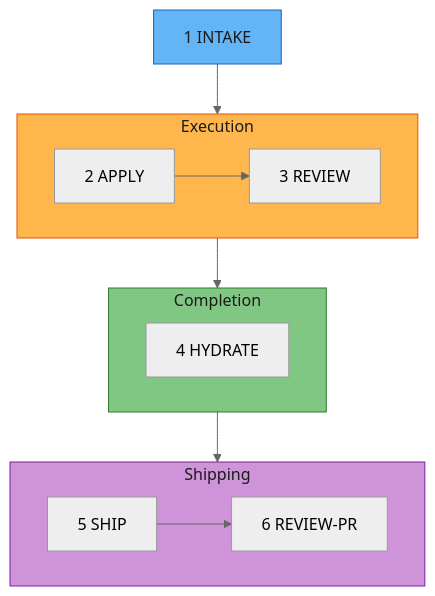
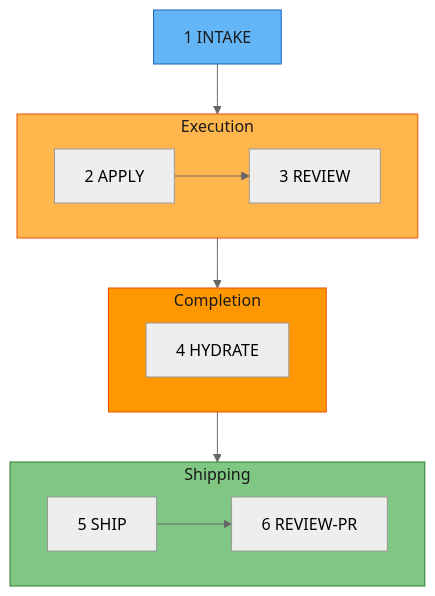
One commit to sahil87/fab-kit changed the first of 2 diagrams in README.md. Above: the diagram before and after it, drawn with Mermaid (neutral theme). The commit also changed 1 other file, not shown here.

Commit message:
docs: recolor 6-stage pipeline diagram — shipping green, completion orange

````diff
--- a/README.md
+++ b/README.md
@@ -24,25 +24,25 @@
 ```mermaid
 flowchart TD
     B["1 INTAKE"]
     subgraph execution ["Execution"]
         direction LR
         A["2 APPLY"] --> V["3 REVIEW"]
     end
     subgraph completion ["Completion"]
         direction LR
         AR["4 HYDRATE"]
     end
     subgraph shipping ["Shipping"]
         direction LR
         SH["5 SHIP"] --> RPR["6 REVIEW-PR"]
     end
 
     B --> A
     V --> AR
     AR --> SH
 
     style B fill:#64b5f6,stroke:#1565C0,color:#1a1a1a
     style execution fill:#ffb74d,stroke:#E65100,color:#1a1a1a
-    style completion fill:#81c784,stroke:#2E7D32,color:#1a1a1a
-    style shipping fill:#ce93d8,stroke:#7B1FA2,color:#1a1a1a
+    style completion fill:#ff9800,stroke:#E65100,color:#1a1a1a
+    style shipping fill:#81c784,stroke:#2E7D32,color:#1a1a1a
 ```
````
